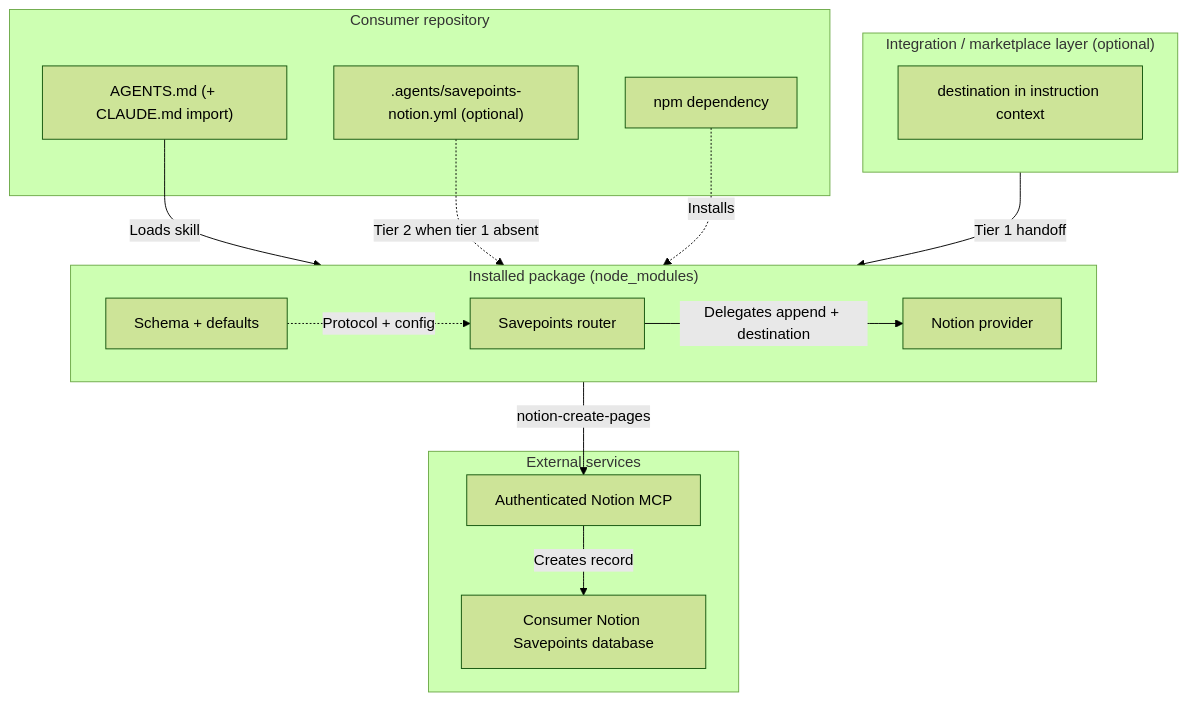
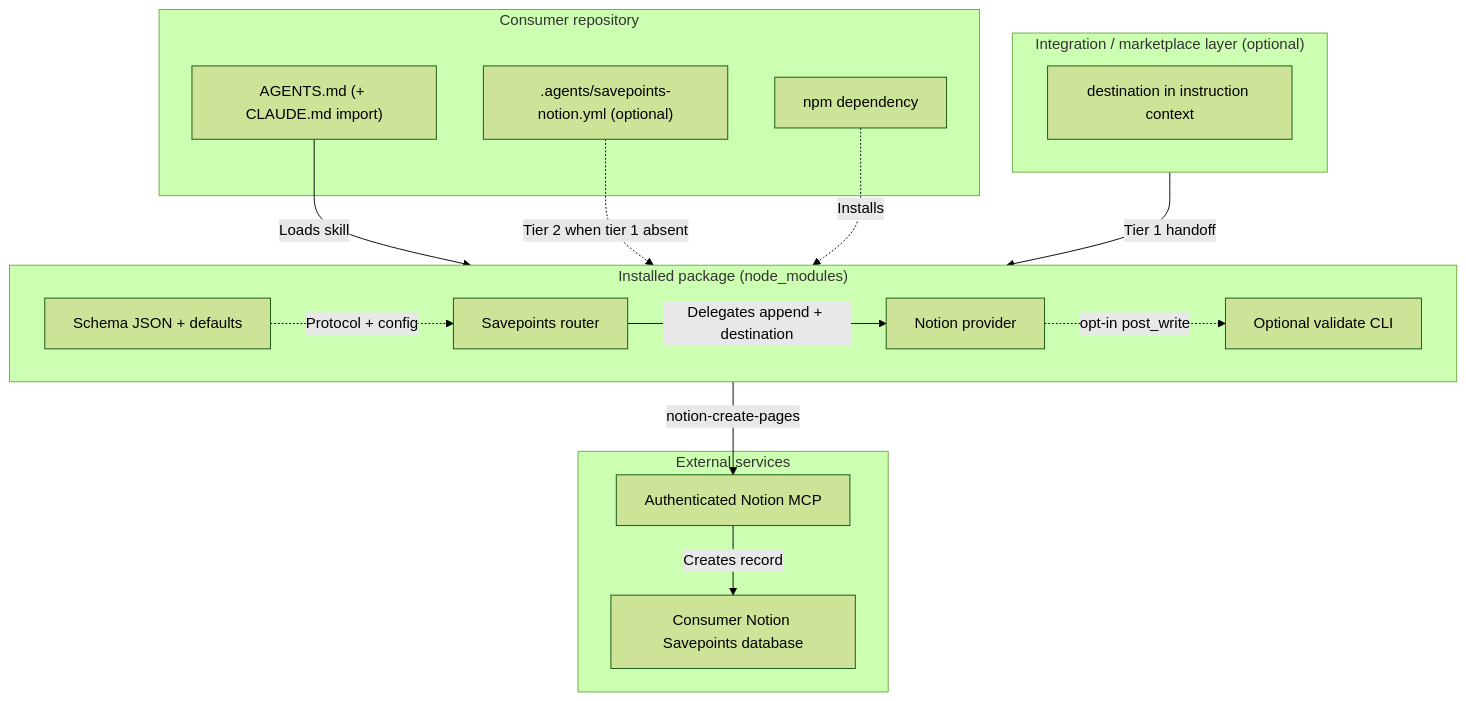
One commit to multipliers-dev/savepoints-lite changed the diagram in docs/architecture.md. Above: the diagram before and after it, drawn with Mermaid (forest theme). The commit also changed other lines of this file and 21 other files, not shown here.

First line of the commit message:
feat: optional deterministic post-write Savepoint validation

````diff
--- a/docs/architecture.md
+++ b/docs/architecture.md
@@ -7,33 +7,35 @@
 ```mermaid
 flowchart TB
     subgraph Consumer["Consumer repository"]
         Activation["AGENTS.md (+ CLAUDE.md import)"]
         Package["npm dependency"]
         AgentsYml[".agents/savepoints-notion.yml (optional)"]
     end
 
     subgraph Integration["Integration / marketplace layer (optional)"]
         Tier1["destination in instruction context"]
     end
 
     subgraph Installed["Installed package (node_modules)"]
         direction LR
-        Schema["Schema + defaults"]
+        Schema["Schema JSON + defaults"]
         Router["Savepoints router"]
         Provider["Notion provider"]
+        Validator["Optional validate CLI"]
     end
 
     subgraph External["External services"]
         MCP["Authenticated Notion MCP"]
         Database["Consumer Notion Savepoints database"]
     end
 
     Package -.->|"Installs"| Installed
     Integration -->|"Tier 1 handoff"| Router
     Activation -->|"Loads skill"| Router
     AgentsYml -.->|"Tier 2 when tier 1 absent"| Provider
     Schema -.->|"Protocol + config"| Router
     Router -->|"Delegates append + destination"| Provider
     Provider -->|"notion-create-pages"| MCP
     MCP -->|"Creates record"| Database
+    Provider -.->|"opt-in post_write"| Validator
 ```
````
